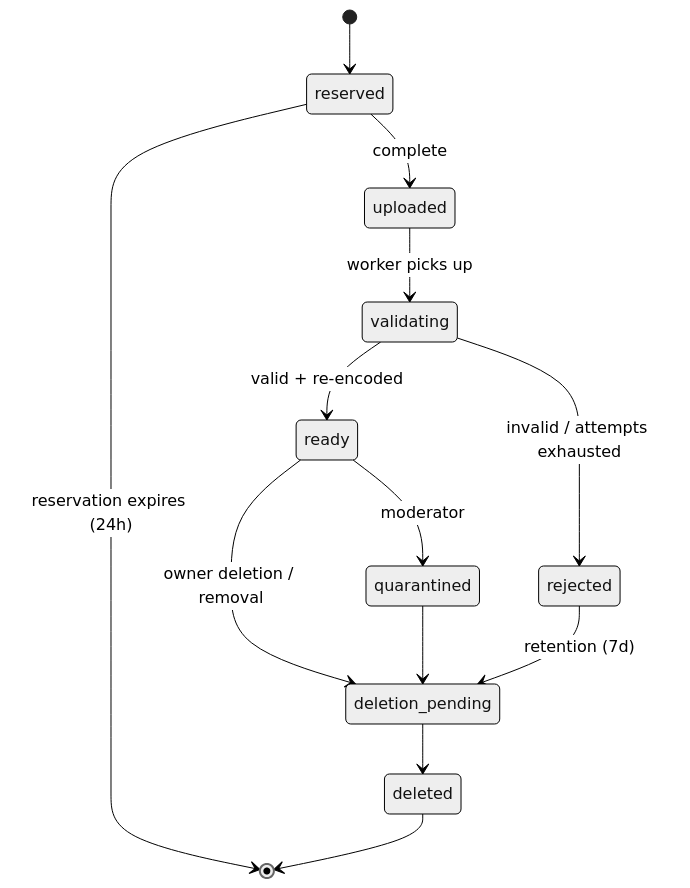
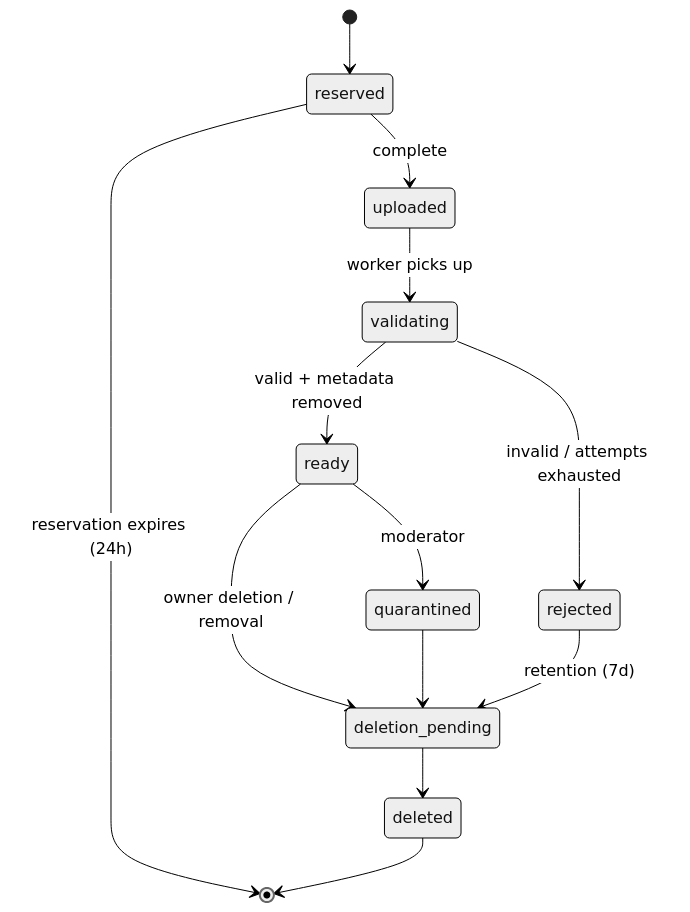
The first of 2 diagrams in docs/SPEC.md (Zero-State-LLC/JChain), drawn with Mermaid (neutral theme) before and after one commit. The commit also changed other lines of this file and 39 other files, not shown here.

````diff
--- a/docs/SPEC.md
+++ b/docs/SPEC.md
@@ -123,15 +123,15 @@
 ```mermaid
 stateDiagram-v2
   [*] --> reserved
   reserved --> uploaded: complete
   reserved --> [*]: reservation expires (24h)
   uploaded --> validating: worker picks up
-  validating --> ready: valid + re-encoded
+  validating --> ready: valid + metadata removed
   validating --> rejected: invalid / attempts exhausted
   ready --> quarantined: moderator
   ready --> deletion_pending: owner deletion / removal
   quarantined --> deletion_pending
   rejected --> deletion_pending: retention (7d)
   deletion_pending --> deleted
   deleted --> [*]
 ```
````
